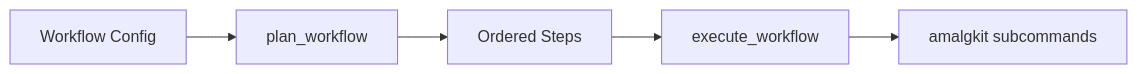
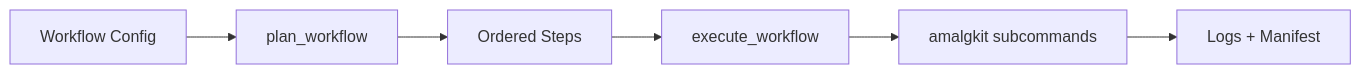
Before and after one commit to docxology/MetaInformAnt: the diagram in docs/rna/index.md, drawn with Mermaid. The commit also changed other lines of this file and 106 other files, not shown here.

````diff
--- a/docs/rna/index.md
+++ b/docs/rna/index.md
@@ -5,7 +5,8 @@
 ```mermaid
 flowchart LR
   A[Workflow Config] --> B[plan_workflow]
   B --> C[Ordered Steps]
   C --> D[execute_workflow]
   D --> E[amalgkit subcommands]
+  E --> F[Logs + Manifest]
 ```
````
